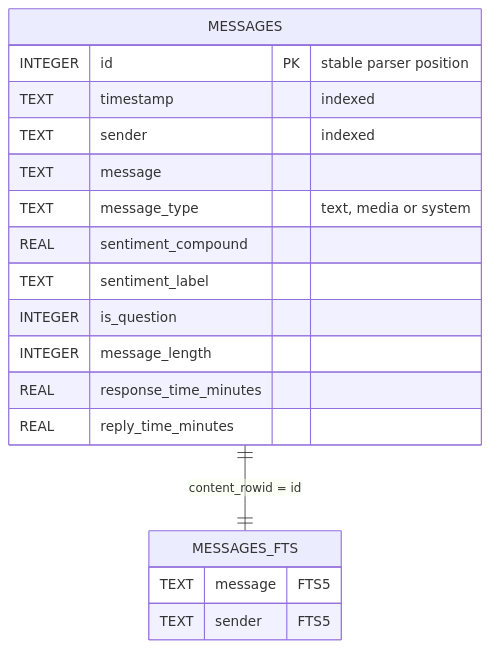
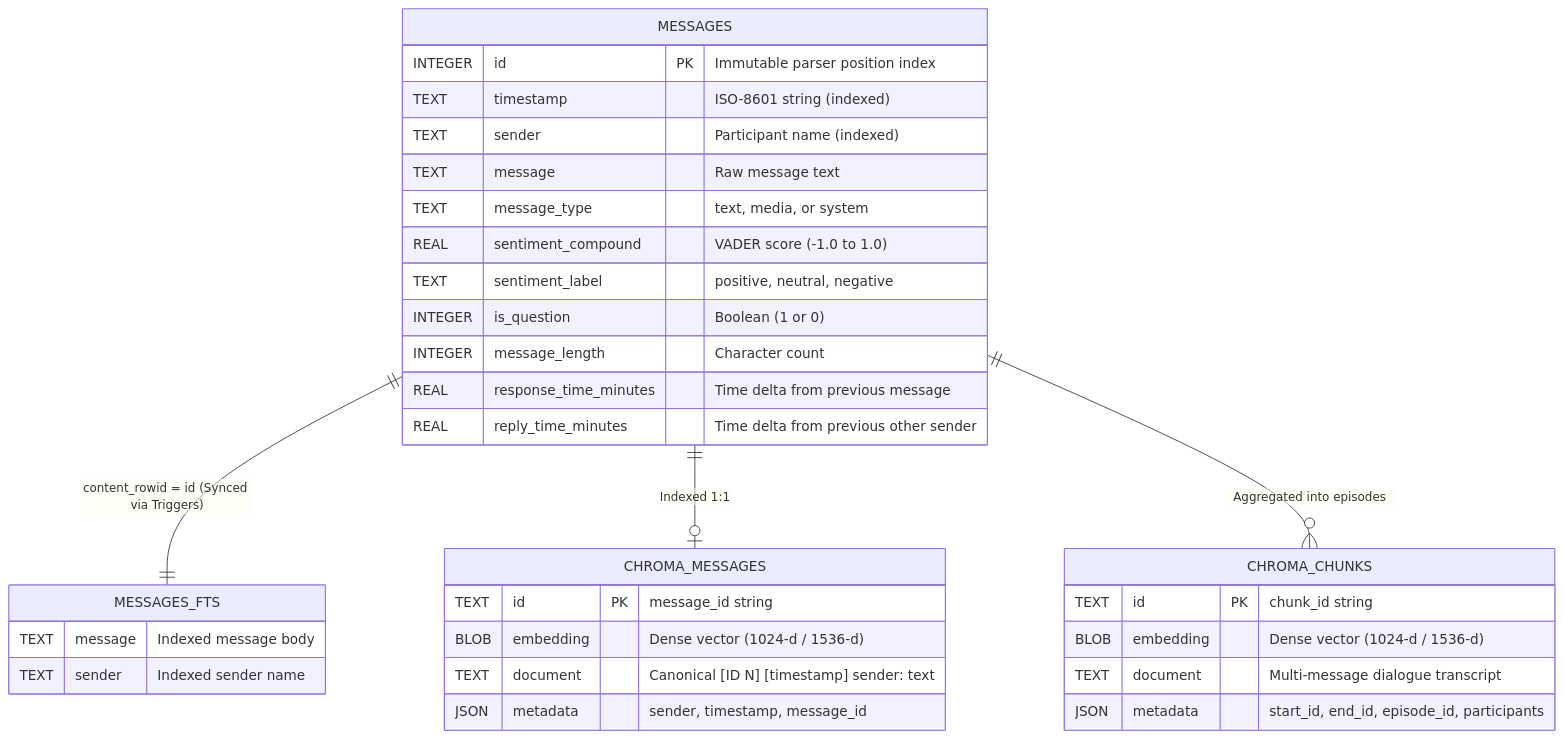
Before and after one commit to vVIBHORj/chatlens_v2: the eighth of 10 diagrams in README.md, drawn with Mermaid. The commit also changed other lines of this file and 5 other files, not shown here.

Commit message:
feat: context-aware relevance grading, fail-closed BM-03 comparison harness, and comprehensive README architecture update

````diff
--- a/README.md
+++ b/README.md
@@ -447,23 +388,39 @@
 ```mermaid
 erDiagram
     MESSAGES {
-        INTEGER id PK "stable parser position"
-        TEXT timestamp "indexed"
-        TEXT sender "indexed"
-        TEXT message
-        TEXT message_type "text, media or system"
-        REAL sentiment_compound
-        TEXT sentiment_label
-        INTEGER is_question
-        INTEGER message_length
-        REAL response_time_minutes
-        REAL reply_time_minutes
+        INTEGER id PK "Immutable parser position index"
+        TEXT timestamp "ISO-8601 string (indexed)"
+        TEXT sender "Participant name (indexed)"
+        TEXT message "Raw message text"
+        TEXT message_type "text, media, or system"
+        REAL sentiment_compound "VADER score (-1.0 to 1.0)"
+        TEXT sentiment_label "positive, neutral, negative"
+        INTEGER is_question "Boolean (1 or 0)"
+        INTEGER message_length "Character count"
+        REAL response_time_minutes "Time delta from previous message"
+        REAL reply_time_minutes "Time delta from previous other sender"
     }
 
     MESSAGES_FTS {
-        TEXT message "FTS5"
-        TEXT sender "FTS5"
+        TEXT message "Indexed message body"
+        TEXT sender "Indexed sender name"
     }
 
-    MESSAGES ||--|| MESSAGES_FTS : "content_rowid = id"
+    CHROMA_MESSAGES {
+        TEXT id PK "message_id string"
+        BLOB embedding "Dense vector (1024-d / 1536-d)"
+        TEXT document "Canonical [ID N] [timestamp] sender: text"
+        JSON metadata "sender, timestamp, message_id"
+    }
+
+    CHROMA_CHUNKS {
+        TEXT id PK "chunk_id string"
+        BLOB embedding "Dense vector (1024-d / 1536-d)"
+        TEXT document "Multi-message dialogue transcript"
+        JSON metadata "start_id, end_id, episode_id, participants"
+    }
+
+    MESSAGES ||--|| MESSAGES_FTS : "content_rowid = id (Synced via Triggers)"
+    MESSAGES ||--o| CHROMA_MESSAGES : "Indexed 1:1"
+    MESSAGES ||--o{ CHROMA_CHUNKS : "Aggregated into episodes"
 ```
````
